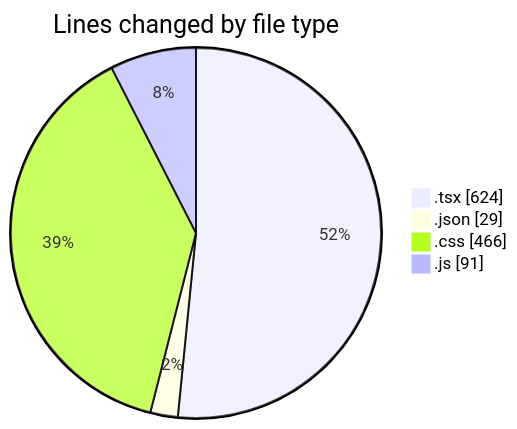
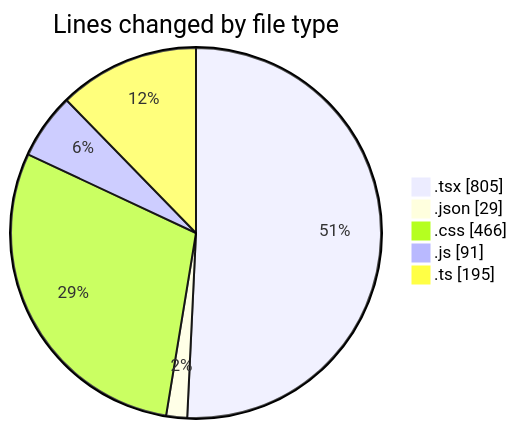
Before and after one commit to Elitesun/code-tracking: the first of 2 diagrams in 2025-05-15/laala_boost/README.md, drawn with Mermaid. The commit also changed other lines of this file and 1 other file, not shown here.

````diff
--- a/2025-05-15/laala_boost/README.md
+++ b/2025-05-15/laala_boost/README.md
@@ -26,8 +31,9 @@
 ```mermaid
 pie showData
 title Lines changed by file type
-".tsx" : 624
+".tsx" : 805
 ".json" : 29
 ".css" : 466
 ".js" : 91
+".ts" : 195
 ```
````
